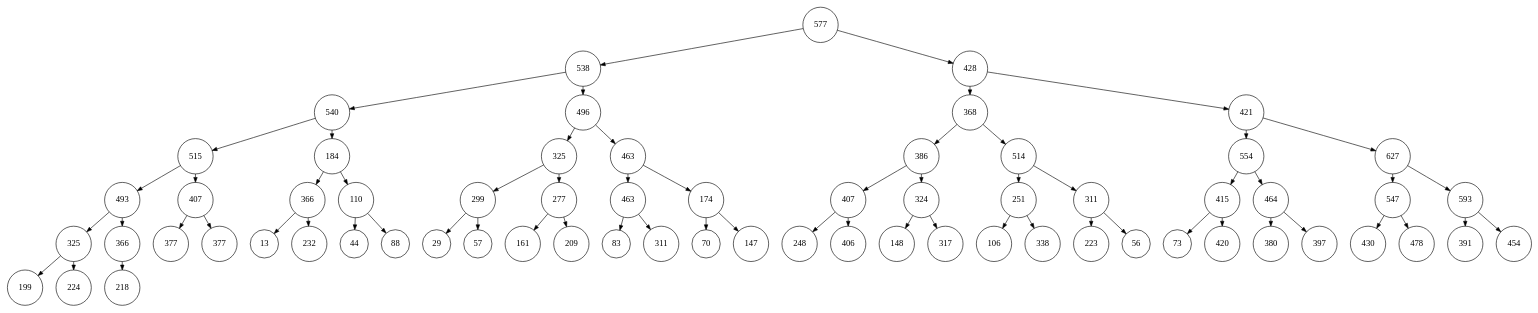
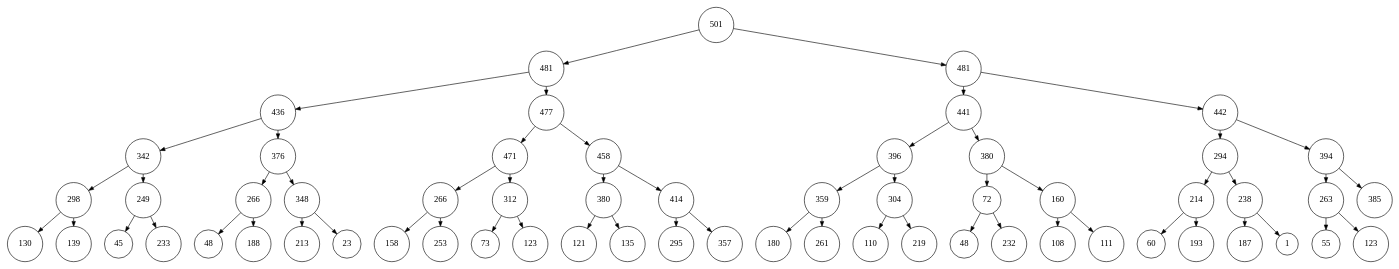
Before and after one commit to minglong-cse2016/cs207work: the diagram in homeworks/delimg26.dot, drawn with Graphviz. The commit also changed 40 other files, not shown here.

```diff
--- a/homeworks/delimg26.dot
+++ b/homeworks/delimg26.dot
@@ -1,138 +1,128 @@
 
     digraph G {
     nodesep=0.3;
     ranksep=0.2;
     margin=0.1;
     node [shape=circle];
     edge [arrowsize=0.8];
     1 -> 2[side=left];
 1 -> 3;
 2 -> 4[side=left];
 2 -> 5;
 3 -> 6[side=left];
 3 -> 7;
 4 -> 8[side=left];
 4 -> 9;
 5 -> 10[side=left];
 5 -> 11;
 6 -> 12[side=left];
 6 -> 13;
 7 -> 14[side=left];
 7 -> 15;
 8 -> 16[side=left];
 8 -> 17;
 9 -> 18[side=left];
 9 -> 19;
 10 -> 20[side=left];
 10 -> 21;
 11 -> 22[side=left];
 11 -> 23;
 12 -> 24[side=left];
 12 -> 25;
 13 -> 26[side=left];
 13 -> 27;
 14 -> 28[side=left];
 14 -> 29;
 15 -> 30[side=left];
 15 -> 31;
 16 -> 32[side=left];
 16 -> 33;
 17 -> 34[side=left];
 17 -> 35;
 18 -> 36[side=left];
 18 -> 37;
 19 -> 38[side=left];
 19 -> 39;
 20 -> 40[side=left];
 20 -> 41;
 21 -> 42[side=left];
 21 -> 43;
 22 -> 44[side=left];
 22 -> 45;
 23 -> 46[side=left];
 23 -> 47;
 24 -> 48[side=left];
 24 -> 49;
 25 -> 50[side=left];
 25 -> 51;
 26 -> 52[side=left];
 26 -> 53;
 27 -> 54[side=left];
 27 -> 55;
 28 -> 56[side=left];
 28 -> 57;
 29 -> 58[side=left];
 29 -> 59;
 30 -> 60[side=left];
 30 -> 61;
-31 -> 62[side=left];
-31 -> 63;
-32 -> 64[side=left];
-32 -> 65;
-33 -> 66[side=left];
-1[label="577"]
-2[label="538"]
-3[label="428"]
-4[label="540"]
-5[label="496"]
-6[label="368"]
-7[label="421"]
-8[label="515"]
-9[label="184"]
-10[label="325"]
-11[label="463"]
-12[label="386"]
-13[label="514"]
-14[label="554"]
-15[label="627"]
-16[label="493"]
-17[label="407"]
-18[label="366"]
-19[label="110"]
-20[label="299"]
-21[label="277"]
-22[label="463"]
-23[label="174"]
-24[label="407"]
-25[label="324"]
-26[label="251"]
-27[label="311"]
-28[label="415"]
-29[label="464"]
-30[label="547"]
-31[label="593"]
-32[label="325"]
-33[label="366"]
-34[label="377"]
-35[label="377"]
-36[label="13"]
-37[label="232"]
-38[label="44"]
-39[label="88"]
-40[label="29"]
-41[label="57"]
-42[label="161"]
-43[label="209"]
-44[label="83"]
-45[label="311"]
-46[label="70"]
-47[label="147"]
-48[label="248"]
-49[label="406"]
-50[label="148"]
-51[label="317"]
-52[label="106"]
-53[label="338"]
-54[label="223"]
-55[label="56"]
-56[label="73"]
-57[label="420"]
-58[label="380"]
-59[label="397"]
-60[label="430"]
-61[label="478"]
-62[label="391"]
-63[label="454"]
-64[label="199"]
-65[label="224"]
-66[label="218"]}
+1[label="501"]
+2[label="481"]
+3[label="481"]
+4[label="436"]
+5[label="477"]
+6[label="441"]
+7[label="442"]
+8[label="342"]
+9[label="376"]
+10[label="471"]
+11[label="458"]
+12[label="396"]
+13[label="380"]
+14[label="294"]
+15[label="394"]
+16[label="298"]
+17[label="249"]
+18[label="266"]
+19[label="348"]
+20[label="266"]
+21[label="312"]
+22[label="380"]
+23[label="414"]
+24[label="359"]
+25[label="304"]
+26[label="72"]
+27[label="160"]
+28[label="214"]
+29[label="238"]
+30[label="263"]
+31[label="385"]
+32[label="130"]
+33[label="139"]
+34[label="45"]
+35[label="233"]
+36[label="48"]
+37[label="188"]
+38[label="213"]
+39[label="23"]
+40[label="158"]
+41[label="253"]
+42[label="73"]
+43[label="123"]
+44[label="121"]
+45[label="135"]
+46[label="295"]
+47[label="357"]
+48[label="180"]
+49[label="261"]
+50[label="110"]
+51[label="219"]
+52[label="48"]
+53[label="232"]
+54[label="108"]
+55[label="111"]
+56[label="60"]
+57[label="193"]
+58[label="187"]
+59[label="1"]
+60[label="55"]
+61[label="123"]}
```
